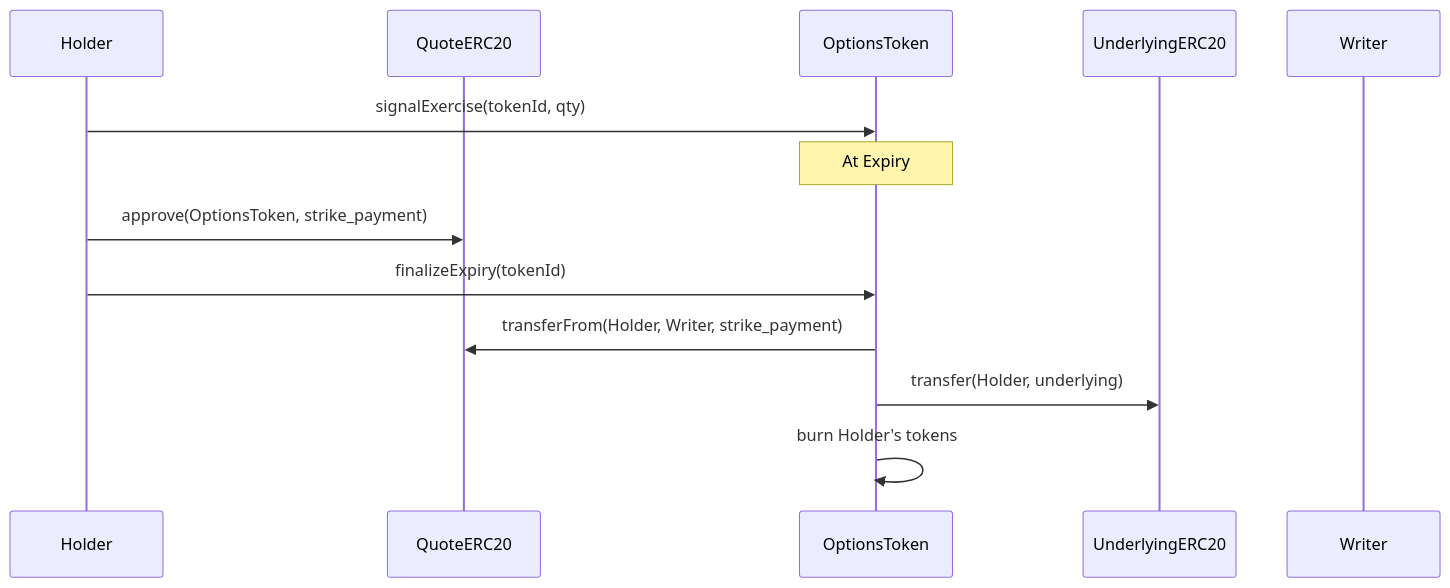
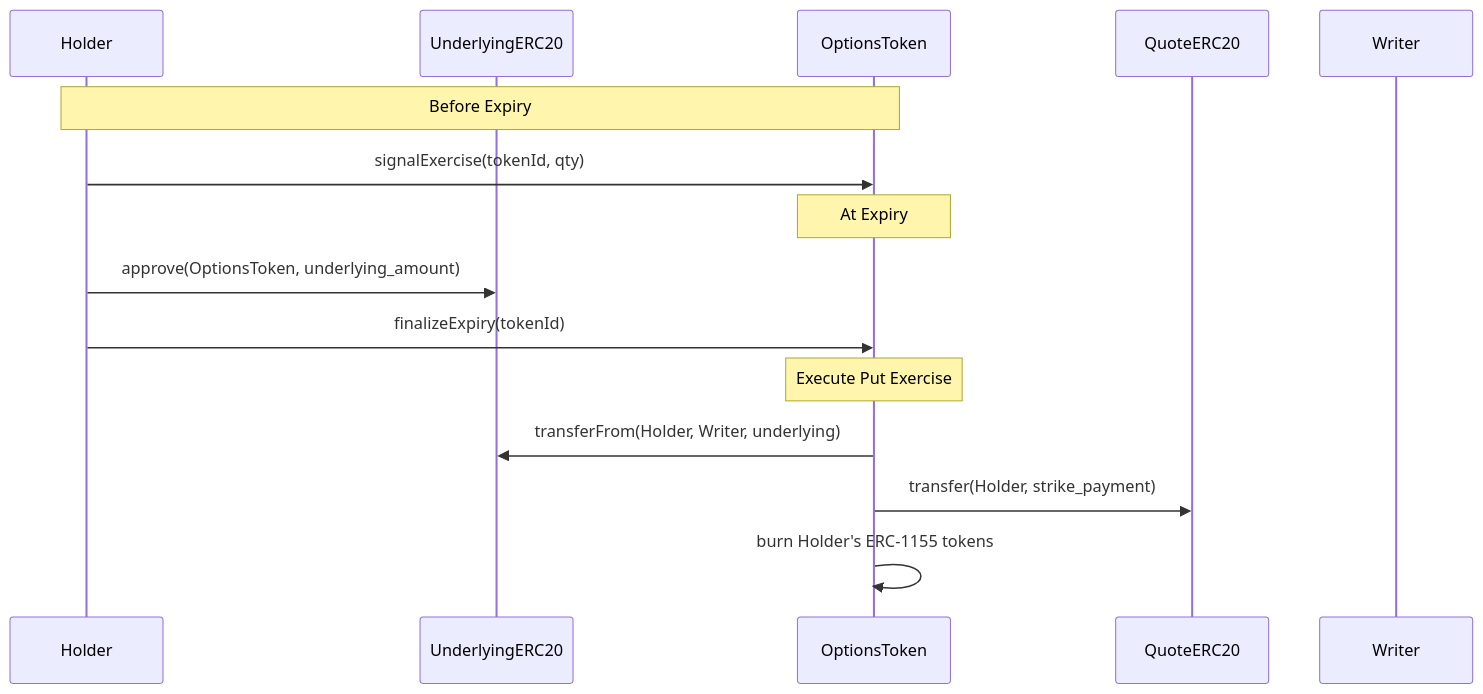
One commit to 0xgleb/optional changed the fifth of 6 diagrams in SPEC.md. Above: the diagram before and after it, drawn with Mermaid. The commit also changed other lines of this file, not shown here.

Commit message:
separate call/put flows

````diff
--- a/SPEC.md
+++ b/SPEC.md
@@ -233,17 +257,20 @@
 ```mermaid
 sequenceDiagram
     participant Holder
+    participant UnderlyingERC20
+    participant OptionsToken
     participant QuoteERC20
-    participant OptionsToken
-    participant UnderlyingERC20
     participant Writer
     
+    Note over Holder,OptionsToken: Before Expiry
     Holder->>OptionsToken: signalExercise(tokenId, qty)
     
     Note over OptionsToken: At Expiry
-    Holder->>QuoteERC20: approve(OptionsToken, strike_payment)
+    Holder->>UnderlyingERC20: approve(OptionsToken, underlying_amount)
     Holder->>OptionsToken: finalizeExpiry(tokenId)
-    OptionsToken->>QuoteERC20: transferFrom(Holder, Writer, strike_payment)
-    OptionsToken->>UnderlyingERC20: transfer(Holder, underlying)
-    OptionsToken->>OptionsToken: burn Holder's tokens
+    
+    Note over OptionsToken: Execute Put Exercise
+    OptionsToken->>UnderlyingERC20: transferFrom(Holder, Writer, underlying)
+    OptionsToken->>QuoteERC20: transfer(Holder, strike_payment)
+    OptionsToken->>OptionsToken: burn Holder's ERC-1155 tokens
 ```
````
